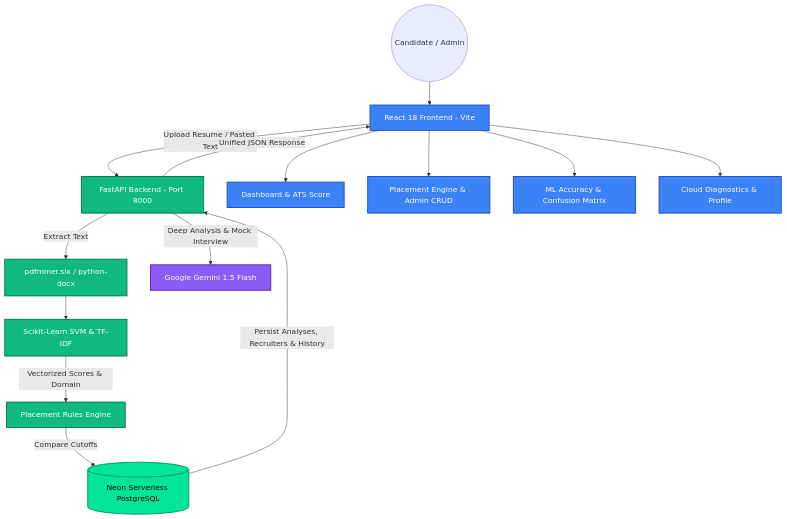
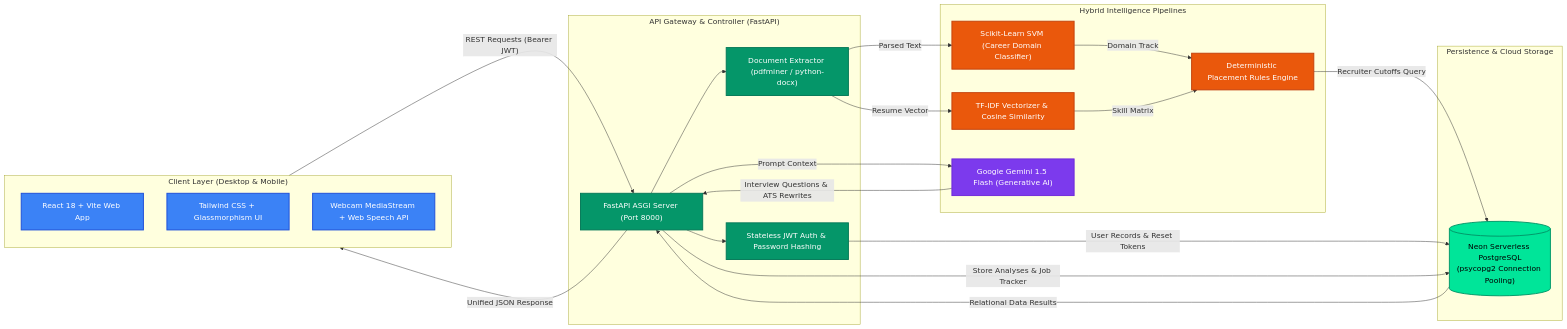
The third of 3 diagrams in README.md (sanjaygm112005-ux/CareerFit-AI), drawn with Mermaid before and after one commit. The commit also changed other lines of this file, not shown here.

Commit message:
docs: add GitHub-native Mermaid flowcharts for hybrid intelligence architecture and system lifecycle

````diff
--- a/README.md
+++ b/README.md
@@ -165,29 +199,50 @@
 ```mermaid
-flowchart TD
-    %% Styling
-    classDef frontend fill:#3b82f6,stroke:#1d4ed8,stroke-width:2px,color:#fff
-    classDef backend fill:#10b981,stroke:#047857,stroke-width:2px,color:#fff
-    classDef ai fill:#8b5cf6,stroke:#5b21b6,stroke-width:2px,color:#fff
+flowchart LR
+    classDef client fill:#3b82f6,stroke:#1d4ed8,stroke-width:2px,color:#fff
+    classDef api fill:#059669,stroke:#047857,stroke-width:2px,color:#fff
+    classDef ml fill:#ea580c,stroke:#c2410c,stroke-width:2px,color:#fff
+    classDef llm fill:#7c3aed,stroke:#6d28d9,stroke-width:2px,color:#fff
     classDef db fill:#00e599,stroke:#009668,stroke-width:2px,color:#000
 
-    User((Candidate / Admin)) --> UI[React 18 Frontend - Vite]:::frontend
-    
-    UI --> |Upload Resume / Pasted Text| FastAPI[FastAPI Backend - Port 8000]:::backend
-    
-    FastAPI --> |Extract Text| Parser[pdfminer.six / python-docx]:::backend
-    
-    Parser --> ML[Scikit-Learn SVM & TF-IDF]:::backend
-    ML --> |Vectorized Scores & Domain| LogicEngine[Placement Rules Engine]:::backend
-    
-    LogicEngine --> |Compare Cutoffs| NeonDB[(Neon Serverless PostgreSQL)]:::db
-    
-    FastAPI --> |Deep Analysis & Mock Interview| Gemini[Google Gemini 1.5 Flash]:::ai
-    
-    NeonDB --> |Persist Analyses, Recruiters & History| FastAPI
-    FastAPI --> |Unified JSON Response| UI
-    
-    UI --> Dash[Dashboard & ATS Score]:::frontend
-    UI --> Placement[Placement Engine & Admin CRUD]:::frontend
-    UI --> MLEval[ML Accuracy & Confusion Matrix]:::frontend
-    UI --> Settings[Cloud Diagnostics & Profile]:::frontend
+    subgraph ClientApp ["Client Layer (Desktop & Mobile)"]
+        ReactApp["React 18 + Vite Web App"]:::client
+        TailwindUI["Tailwind CSS + Glassmorphism UI"]:::client
+        MediaAPIs["Webcam MediaStream + Web Speech API"]:::client
+    end
+
+    subgraph BackendGateway ["API Gateway & Controller (FastAPI)"]
+        Uvicorn["FastAPI ASGI Server (Port 8000)"]:::api
+        DocParser["Document Extractor (pdfminer / python-docx)"]:::api
+        AuthJWT["Stateless JWT Auth & Password Hashing"]:::api
+    end
+
+    subgraph IntelligenceEngine ["Hybrid Intelligence Pipelines"]
+        SVM["Scikit-Learn SVM (Career Domain Classifier)"]:::ml
+        TFIDF["TF-IDF Vectorizer & Cosine Similarity"]:::ml
+        RulesEngine["Deterministic Placement Rules Engine"]:::ml
+        Gemini["Google Gemini 1.5 Flash (Generative AI)"]:::llm
+    end
+
+    subgraph DatabaseLayer ["Persistence & Cloud Storage"]
+        NeonDB[("Neon Serverless PostgreSQL<br/>(psycopg2 Connection Pooling)")]:::db
+    end
+
+    ClientApp -->|"REST Requests (Bearer JWT)"| Uvicorn
+    Uvicorn --> DocParser
+    Uvicorn --> AuthJWT
+
+    DocParser -->|"Parsed Text"| SVM
+    DocParser -->|"Resume Vector"| TFIDF
+    SVM -->|"Domain Track"| RulesEngine
+    TFIDF -->|"Skill Matrix"| RulesEngine
+
+    Uvicorn -->|"Prompt Context"| Gemini
+    Gemini -->|"Interview Questions & ATS Rewrites"| Uvicorn
+
+    RulesEngine -->|"Recruiter Cutoffs Query"| NeonDB
+    AuthJWT -->|"User Records & Reset Tokens"| NeonDB
+    Uvicorn -->|"Store Analyses & Job Tracker"| NeonDB
+
+    NeonDB -->|"Relational Data Results"| Uvicorn
+    Uvicorn -->|"Unified JSON Response"| ClientApp
 ```
````
